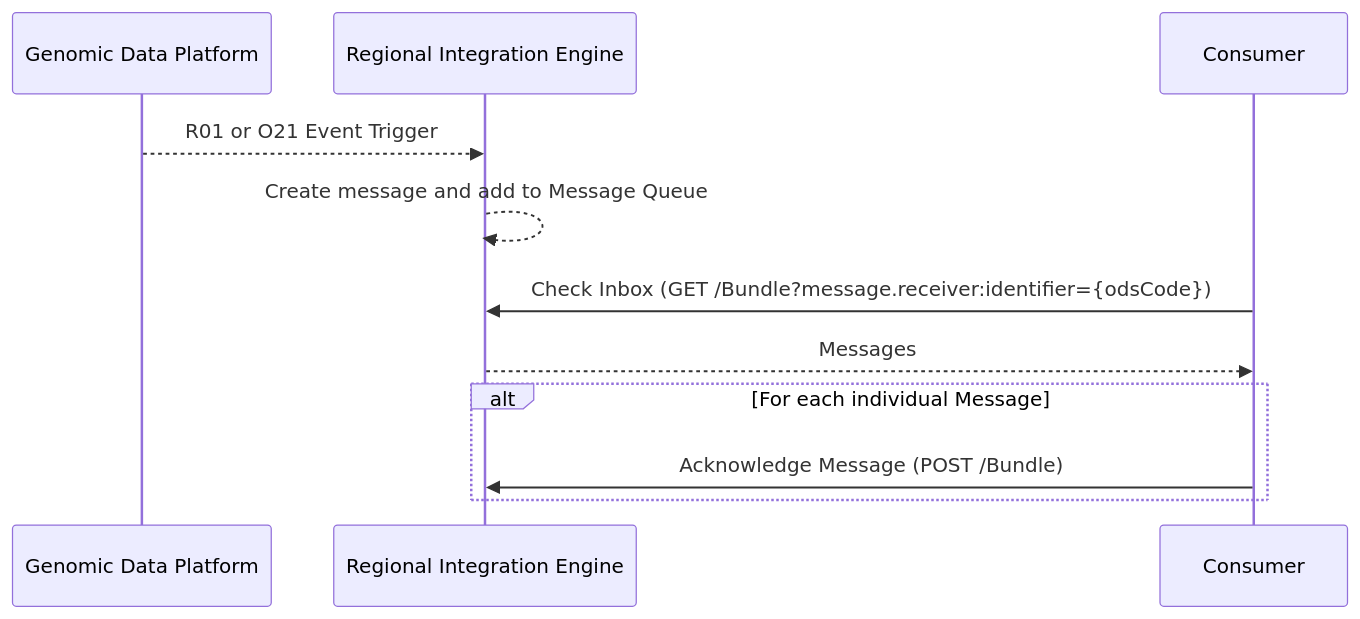
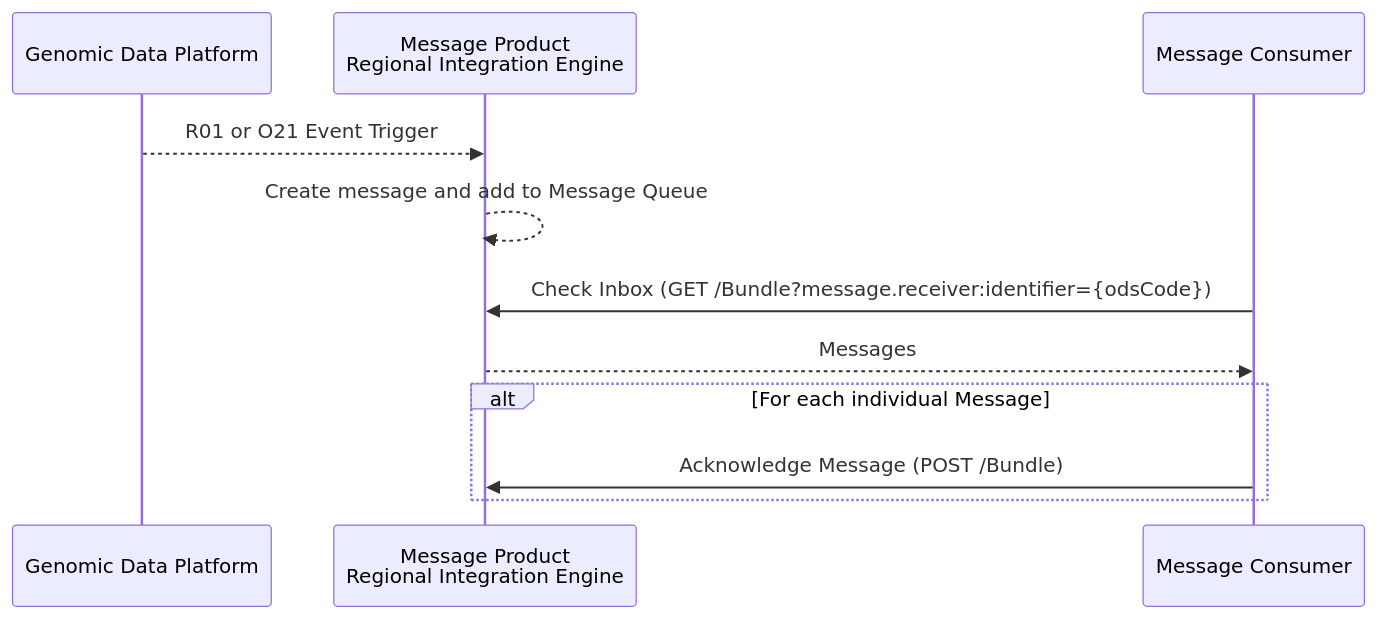
The fourth of 4 diagrams in input/pagecontent/MQ.md (nw-gmsa/nw-gmsa.github.com), drawn with Mermaid before and after one commit. The commit also changed other lines of this file and 2 other files, not shown here.

````diff
--- a/input/pagecontent/MQ.md
+++ b/input/pagecontent/MQ.md
@@ -86,16 +99,16 @@
 ```mermaid
 sequenceDiagram
 
 participant gdp as Genomic Data Platform
-participant RIE as Regional Integration Engine
-participant consumer as Consumer
+participant RIE as Message Product<br/>Regional Integration Engine
+participant consumer as Message Consumer
 
 
 gdp -->> RIE: R01 or O21 Event Trigger
 RIE -->> RIE: Create message and add to Message Queue
 consumer ->> RIE: Check Inbox (GET /Bundle?message.receiver:identifier={odsCode})
 RIE -->> consumer: Messages
 alt For each individual Message
     consumer ->> RIE: Acknowledge Message (POST /Bundle) 
 end
 ```
````
